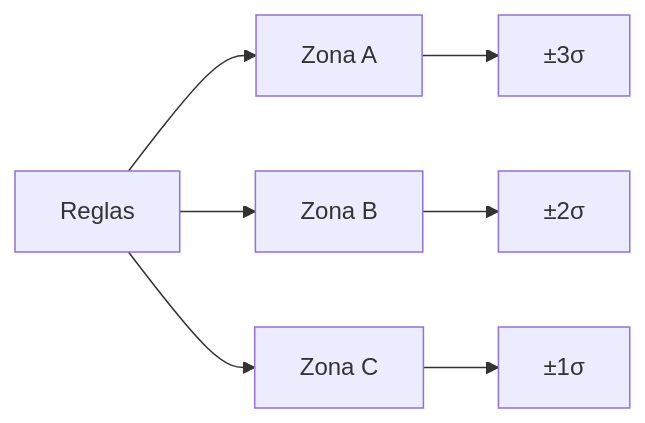
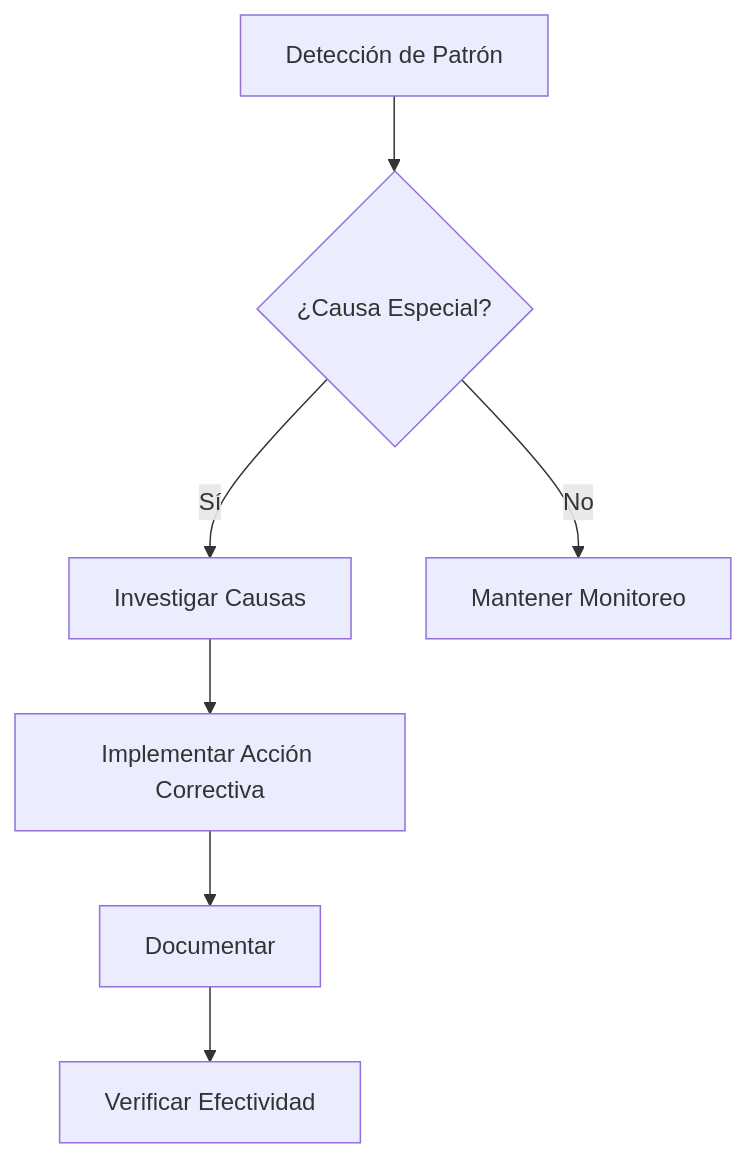
One commit to FCamaggi/gop-wiki changed the third of 3 diagrams in public/content/clases/10-resumen-variabilidad-2025.05.13.md. Above: the diagram before and after it, drawn with Mermaid. The commit also changed other lines of this file and 36 other files, not shown here.

````diff
--- a/public/content/clases/10-resumen-variabilidad-2025.05.13.md
+++ b/public/content/clases/10-resumen-variabilidad-2025.05.13.md
@@ -50,9 +172,9 @@
 ```mermaid
-graph LR
-    A[Reglas] --> B[Zona A]
-    A --> C[Zona B]
-    A --> D[Zona C]
-    B --> E[±3σ]
-    C --> F[±2σ]
-    D --> G[±1σ]
+graph TD
+    A[Detección de Patrón] --> B{¿Causa Especial?}
+    B -->|Sí| C[Investigar Causas]
+    C --> D[Implementar Acción Correctiva]
+    D --> E[Documentar]
+    E --> F[Verificar Efectividad]
+    B -->|No| G[Mantener Monitoreo]
 ```
````
